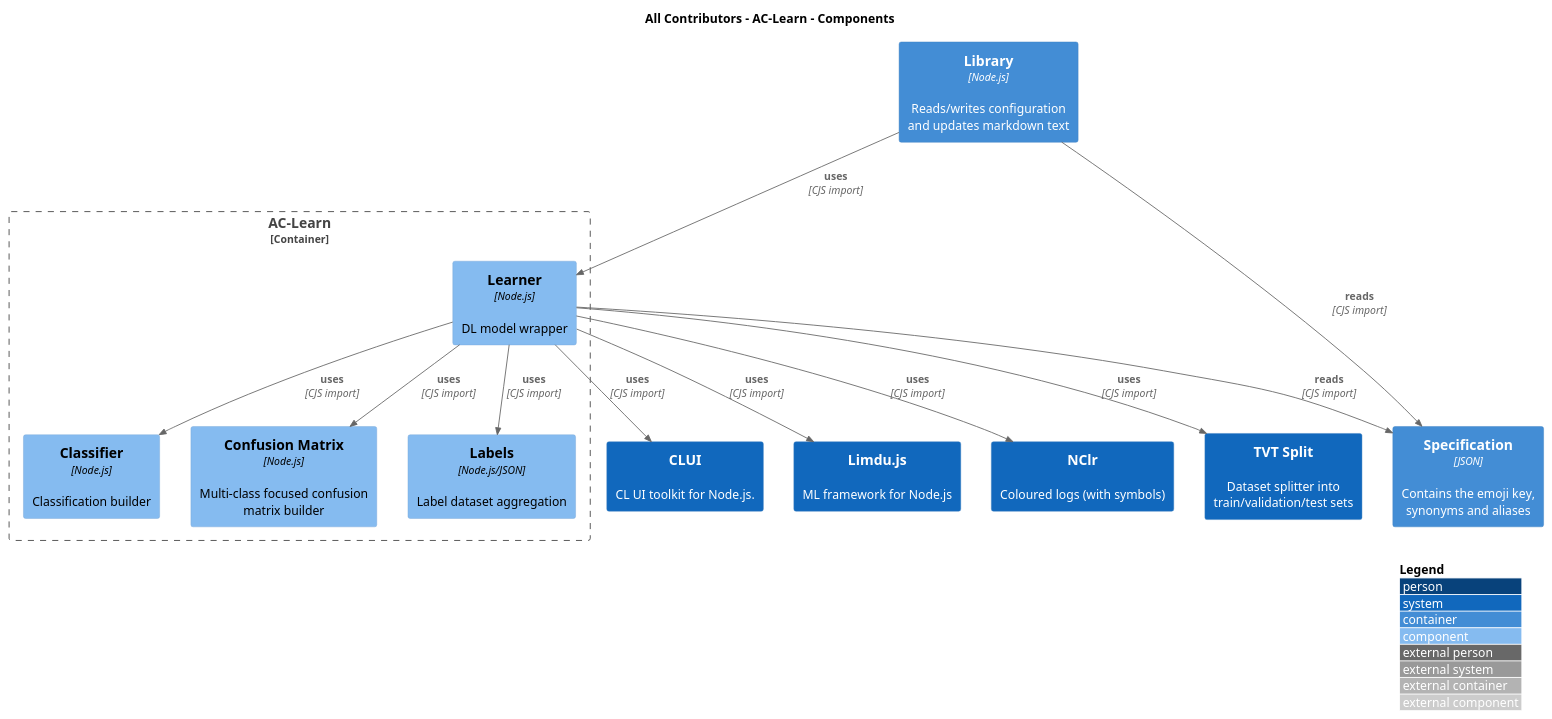
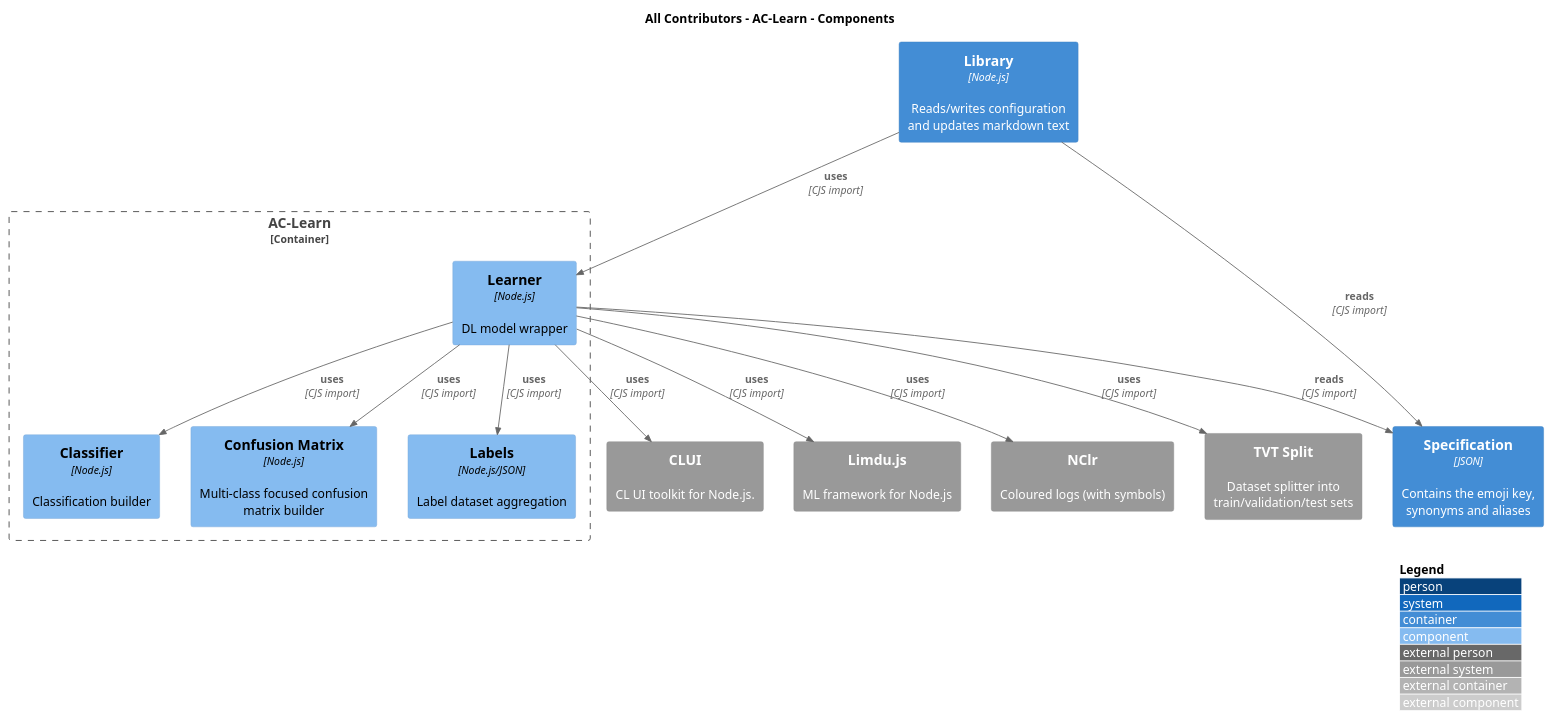
One commit to all-contributors/architecture changed the diagram in diagrams/structurizr-62115-AC-Learn_components.puml. Above: the diagram before and after it, drawn with PlantUML. The commit also changed 8 other files, not shown here.

```diff
--- a/diagrams/structurizr-62115-AC-Learn_components.puml
+++ b/diagrams/structurizr-62115-AC-Learn_components.puml
@@ -1,32 +1,32 @@
 @startuml(id=AC-Learn_components)
 !includeurl https://raw.githubusercontent.com/plantuml-stdlib/C4-PlantUML/master/C4.puml
 !includeurl https://raw.githubusercontent.com/plantuml-stdlib/C4-PlantUML/master/C4_Context.puml
 !includeurl https://raw.githubusercontent.com/plantuml-stdlib/C4-PlantUML/master/C4_Container.puml
 !includeurl https://raw.githubusercontent.com/plantuml-stdlib/C4-PlantUML/master/C4_Component.puml
 LAYOUT_WITH_LEGEND()
 
 title All Contributors - AC-Learn - Components
 
-System(36, "CLUI", "CL UI toolkit for Node.js.")
-Container(18, "Library", "Node.js", "Reads/writes configuration and updates markdown text")
-System(37, "Limdu.js", "ML framework for Node.js")
-System(39, "NClr", "Coloured logs (with symbols)")
-Container(19, "Specification", "JSON", "Contains the emoji key, synonyms and aliases")
-System(38, "TVT Split", "Dataset splitter into train/validation/test sets")
-Container_Boundary(20_boundary, AC-Learn) {
-  Component(21, "Classifier", "Node.js", "Classification builder")
-  Component(24, "Confusion Matrix", "Node.js", "Multi-class focused confusion matrix builder")
-  Component(23, "Labels", "Node.js/JSON", "Label dataset aggregation")
-  Component(22, "Learner", "Node.js", "DL model wrapper")
+System_Ext(clui, "CLUI", "CL UI toolkit for Node.js.")
+Container(lib, "Library", "Node.js", "Reads/writes configuration and updates markdown text")
+System_Ext(limdu, "Limdu.js", "ML framework for Node.js")
+System_Ext(nclr, "NClr", "Coloured logs (with symbols)")
+Container(spec, "Specification", "JSON", "Contains the emoji key, synonyms and aliases")
+System_Ext(tvtsplit, "TVT Split", "Dataset splitter into train/validation/test sets")
+Container_Boundary(acl_boundary, AC-Learn) {
+  Component(classifier, "Classifier", "Node.js", "Classification builder")
+  Component(cm, "Confusion Matrix", "Node.js", "Multi-class focused confusion matrix builder")
+  Component(labels, "Labels", "Node.js/JSON", "Label dataset aggregation")
+  Component(learner, "Learner", "Node.js", "DL model wrapper")
 }
-Rel_D(22, 36, "uses", "CJS import")
-Rel_D(22, 21, "uses", "CJS import")
-Rel_D(22, 24, "uses", "CJS import")
-Rel_D(22, 23, "uses", "CJS import")
-Rel_D(22, 37, "uses", "CJS import")
-Rel_D(22, 39, "uses", "CJS import")
-Rel_D(22, 19, "reads", "CJS import")
-Rel_D(22, 38, "uses", "CJS import")
-Rel_D(18, 22, "uses", "CJS import")
-Rel_D(18, 19, "reads", "CJS import")
+Rel_D(learner, clui, "uses", "CJS import")
+Rel_D(learner, classifier, "uses", "CJS import")
+Rel_D(learner, cm, "uses", "CJS import")
+Rel_D(learner, labels, "uses", "CJS import")
+Rel_D(learner, limdu, "uses", "CJS import")
+Rel_D(learner, nclr, "uses", "CJS import")
+Rel_D(learner, spec, "reads", "CJS import")
+Rel_D(learner, tvtsplit, "uses", "CJS import")
+Rel_D(lib, learner, "uses", "CJS import")
+Rel_D(lib, spec, "reads", "CJS import")
 @enduml
```
